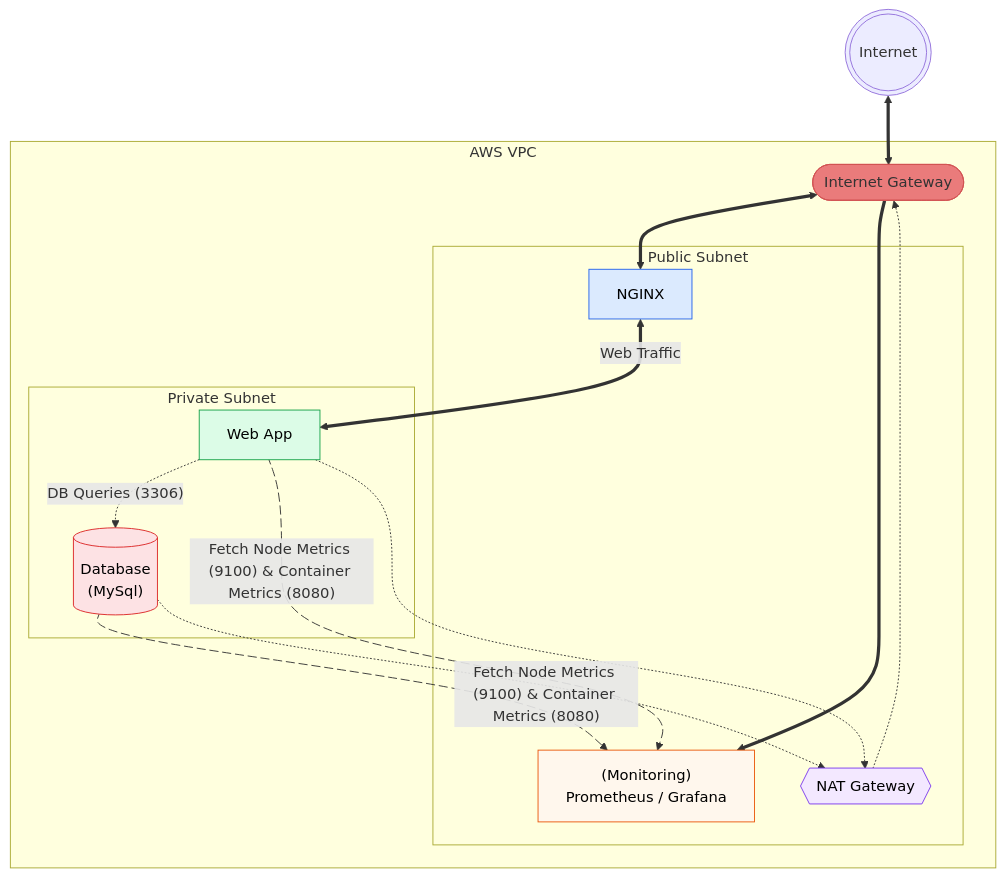
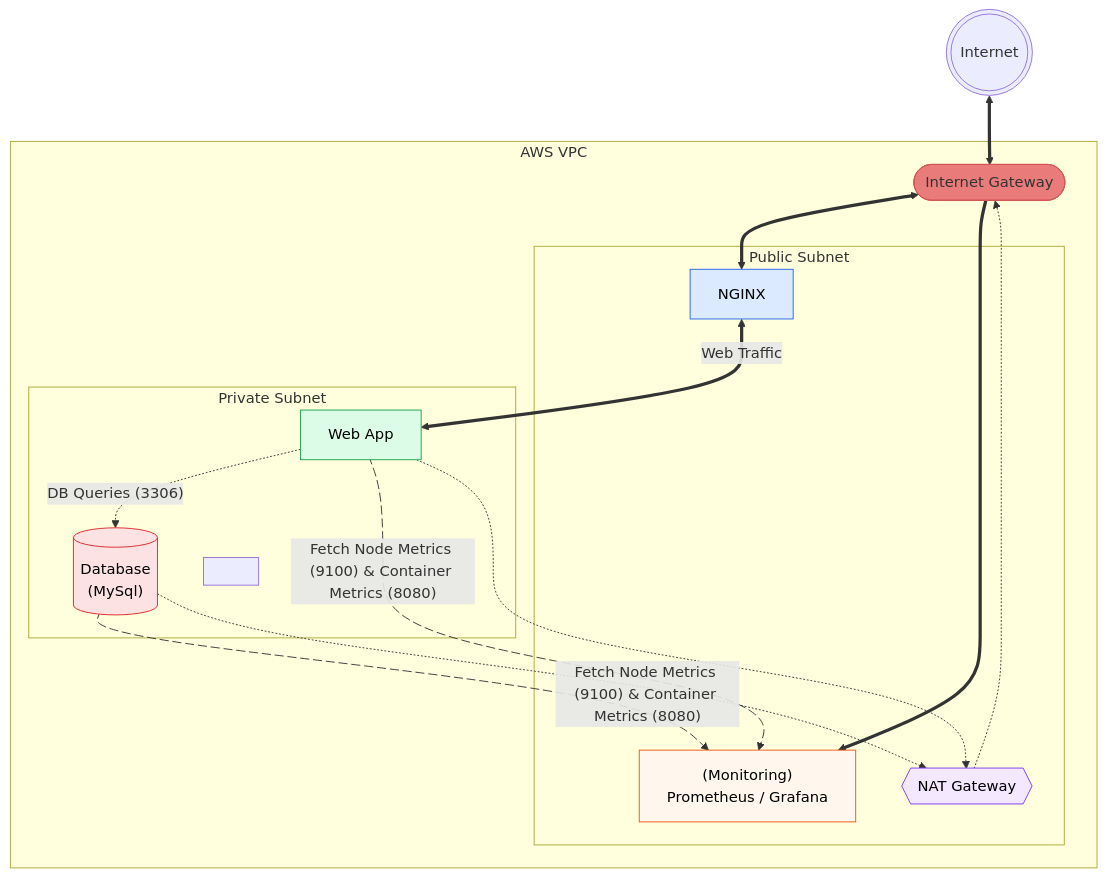
The diagram in README.md (Jazzar101/learning-terraform-3087701), drawn with Mermaid before and after one commit.

Commit message:
Added padding node

````diff
--- a/README.md
+++ b/README.md
@@ -6,48 +6,49 @@
 ```mermaid
 flowchart TB
     Internet(((Internet)))
     subgraph VPC[AWS VPC]
         IGW([Internet Gateway])
         subgraph PublicSubnet[Public Subnet]
             NGINX[NGINX]
             Monitoring["(Monitoring)\nPrometheus / Grafana"]
             NAT{{NAT Gateway}}
         end
 
         subgraph PrivateSubnet[Private Subnet]
             App[Web App]
             DB[("Database\n(MySql)")]
+            PaddingNode[" "]:::pad
         end
     end
 
     Internet <==> IGW
     IGW <==> NGINX
     NGINX <==>|Web Traffic| App
     App -.->|"DB Queries (3306)"| DB
     IGW ==> Monitoring
 
     App metricsApp@-->|"Fetch Node Metrics (9100) & Container Metrics (8080)"| Monitoring
     DB metricsDB@-->|"Fetch Node Metrics (9100) & Container Metrics (8080)"| Monitoring
 
     App -.-> NAT
     DB -.-> NAT
     NAT -.-> IGW
     
     metricsApp@{ animation: slow }    
     metricsDB@{ animation: slow }
 
     %% Node-only styling (GitHub safe)
     classDef ingress fill:#dbeafe,stroke:#2563eb,color:#000000
     classDef monitoring fill:#fff7ed,stroke:#ea580c,color:#000000
     classDef nat fill:#f3e8ff,stroke:#7c3aed,color:#000000
     classDef app fill:#dcfce7,stroke:#16a34a,color:#000000
     classDef db fill:#fde2e4,stroke:#dc2626,color:#000000
     classDef igw fill:#EA7B7B,stroke:#D25353,color:#00000
 
     class NGINX ingress
     class Monitoring monitoring
     class NAT nat
     class App app
     class DB db
     class IGW igw
 ```
````
